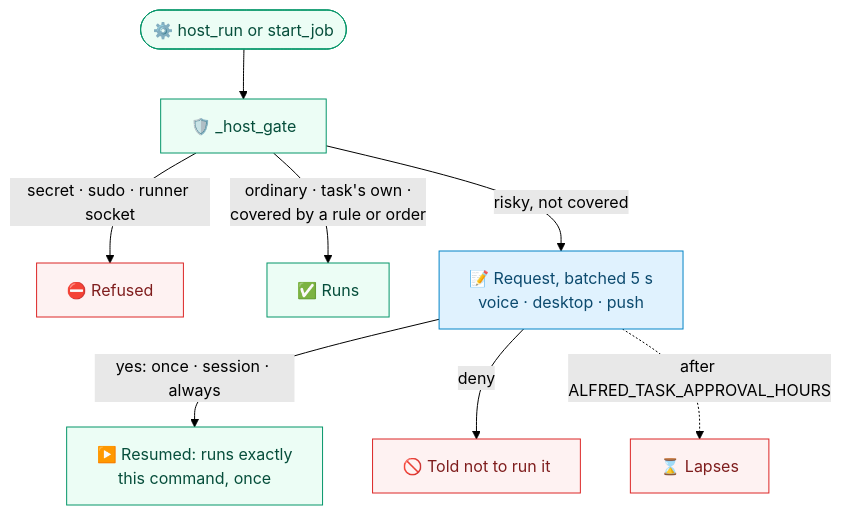
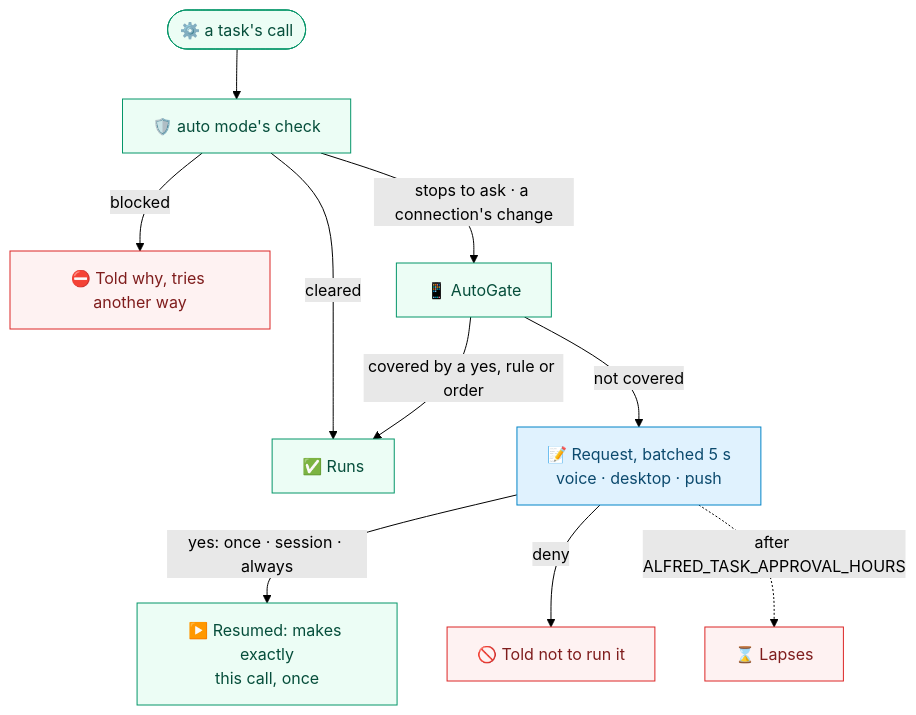
One commit to anilkumarmeena/alfred changed the fifth of 5 diagrams in docs/architecture.md. Above: the diagram before and after it, drawn with Mermaid (forest theme). The commit also changed other lines of this file and 83 other files, not shown here.

First line of the commit message:
Refactor task grants tests: streamline artifact handling, remove host command tests

````diff
--- a/docs/architecture.md
+++ b/docs/architecture.md
@@ -550,17 +544,19 @@
 ```mermaid
 flowchart TB
-    C(["⚙️ host_run or start_job"]) --> G["🛡️ _host_gate"]
-    G -->|"secret · sudo · runner socket"| X["⛔ Refused"]
-    G -->|"ordinary · task's own ·<br/>covered by a rule or order"| Run["✅ Runs"]
-    G -->|"risky, not covered"| Req["📝 Request, batched 5 s<br/>voice · desktop · push"]
-    Req -->|"yes: once · session · always"| Res["▶️ Resumed: runs exactly<br/>this command, once"]
+    C(["⚙️ a task's call"]) --> A["🛡️ auto mode's check"]
+    A -->|"cleared"| Run["✅ Runs"]
+    A -->|"blocked"| X["⛔ Told why, tries another way"]
+    A -->|"stops to ask · a connection's change"| G["📱 AutoGate"]
+    G -->|"covered by a yes, rule or order"| Run
+    G -->|"not covered"| Req["📝 Request, batched 5 s<br/>voice · desktop · push"]
+    Req -->|"yes: once · session · always"| Res["▶️ Resumed: makes exactly<br/>this call, once"]
     Req -->|deny| D["🚫 Told not to run it"]
     Req -.->|"after ALFRED_TASK_APPROVAL_HOURS"| Lapse["⌛ Lapses"]
 
     classDef you fill:#e0f2fe,stroke:#0284c7,color:#0c4a6e
     classDef mac fill:#ecfdf5,stroke:#059669,color:#064e3b
     classDef warn fill:#fef2f2,stroke:#dc2626,color:#7f1d1d
-    class C,G,Run,Res mac
+    class C,A,G,Run,Res mac
     class Req you
     class X,D,Lapse warn
 ```
````
